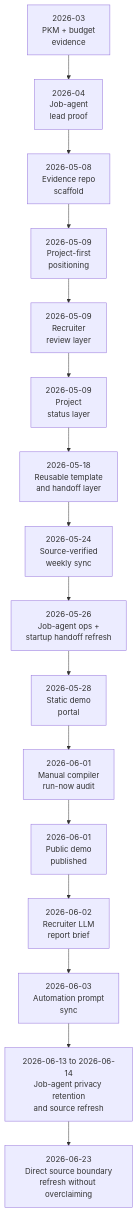
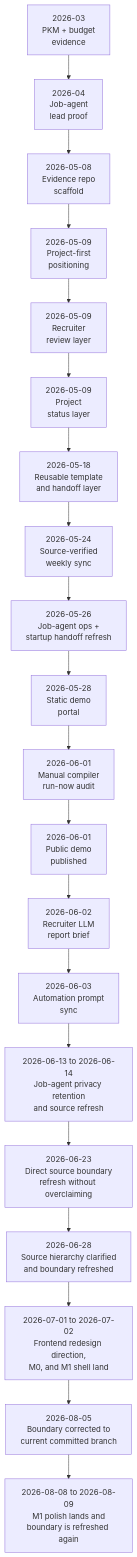
The diagram in PROJECT_TIMELINE.md (marcus-uden-dev/ai-native-proof-of-work), drawn with Mermaid before and after one commit. The commit also changed other lines of this file and 33 other files, not shown here.

````diff
--- a/PROJECT_TIMELINE.md
+++ b/PROJECT_TIMELINE.md
@@ -14,21 +14,25 @@
 ```mermaid
 flowchart TD
     M1["2026-03<br/>PKM + budget<br/>evidence"]
     M2["2026-04<br/>Job-agent<br/>lead proof"]
     M3["2026-05-08<br/>Evidence repo<br/>scaffold"]
     M4["2026-05-09<br/>Project-first<br/>positioning"]
     M5["2026-05-09<br/>Recruiter<br/>review layer"]
     M6["2026-05-09<br/>Project<br/>status layer"]
     M7["2026-05-18<br/>Reusable template<br/>and handoff layer"]
     M8["2026-05-24<br/>Source-verified<br/>weekly sync"]
     M9["2026-05-26<br/>Job-agent ops +<br/>startup handoff refresh"]
     M10["2026-05-28<br/>Static demo<br/>portal"]
     M11["2026-06-01<br/>Manual compiler<br/>run-now audit"]
     M12["2026-06-01<br/>Public demo<br/>published"]
     M13["2026-06-02<br/>Recruiter LLM<br/>report brief"]
     M14["2026-06-03<br/>Automation prompt<br/>sync"]
     M15["2026-06-13 to 2026-06-14<br/>Job-agent privacy retention<br/>and source refresh"]
     M16["2026-06-23<br/>Direct source boundary<br/>refresh without overclaiming"]
+    M17["2026-06-28<br/>Source hierarchy clarified<br/>and boundary refreshed"]
+    M18["2026-07-01 to 2026-07-02<br/>Frontend redesign direction,<br/>M0, and M1 shell land"]
+    M19["2026-08-05<br/>Boundary corrected to<br/>current committed branch"]
+    M20["2026-08-08 to 2026-08-09<br/>M1 polish lands and<br/>boundary is refreshed again"]
 
-    M1 --> M2 --> M3 --> M4 --> M5 --> M6 --> M7 --> M8 --> M9 --> M10 --> M11 --> M12 --> M13 --> M14 --> M15 --> M16
+    M1 --> M2 --> M3 --> M4 --> M5 --> M6 --> M7 --> M8 --> M9 --> M10 --> M11 --> M12 --> M13 --> M14 --> M15 --> M16 --> M17 --> M18 --> M19 --> M20
 ```
````
